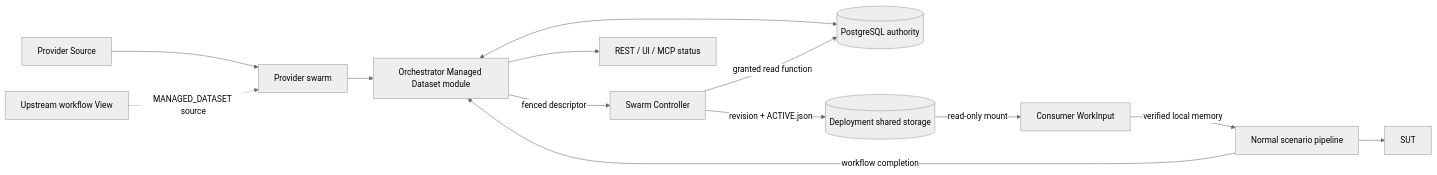
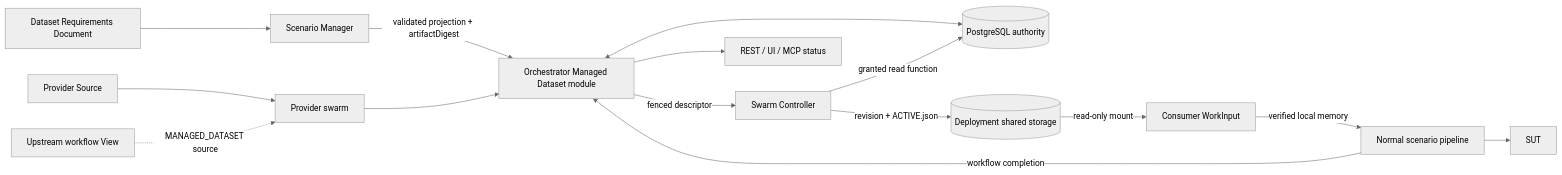
The diagram in docs/inProgress/managed-test-data-lifecycle-generic-spec.md (sepa79/PocketHive), drawn with Mermaid (neutral theme) before and after one commit. The commit also changed other lines of this file and 2 other files, not shown here.

````diff
--- a/docs/inProgress/managed-test-data-lifecycle-generic-spec.md
+++ b/docs/inProgress/managed-test-data-lifecycle-generic-spec.md
@@ -209,15 +210,17 @@
 ```mermaid
 flowchart LR
+  R[Dataset Requirements Document] --> SM[Scenario Manager]
+  SM -->|validated projection + artifactDigest| O[Orchestrator Managed Dataset module]
   PS[Provider Source] --> P[Provider swarm]
   U[Upstream workflow View] -. MANAGED_DATASET source .-> P
-  P --> O[Orchestrator Managed Dataset module]
+  P --> O
   O <--> PG[(PostgreSQL authority)]
   O -->|fenced descriptor| SC[Swarm Controller]
   SC -->|granted read function| PG
   SC -->|revision + ACTIVE.json| FS[(Deployment shared storage)]
   FS -->|read-only mount| WI[Consumer WorkInput]
   WI -->|verified local memory| S[Normal scenario pipeline]
   S --> SUT[SUT]
   S -->|workflow completion| O
   O --> E[REST / UI / MCP status]
 ```
````
